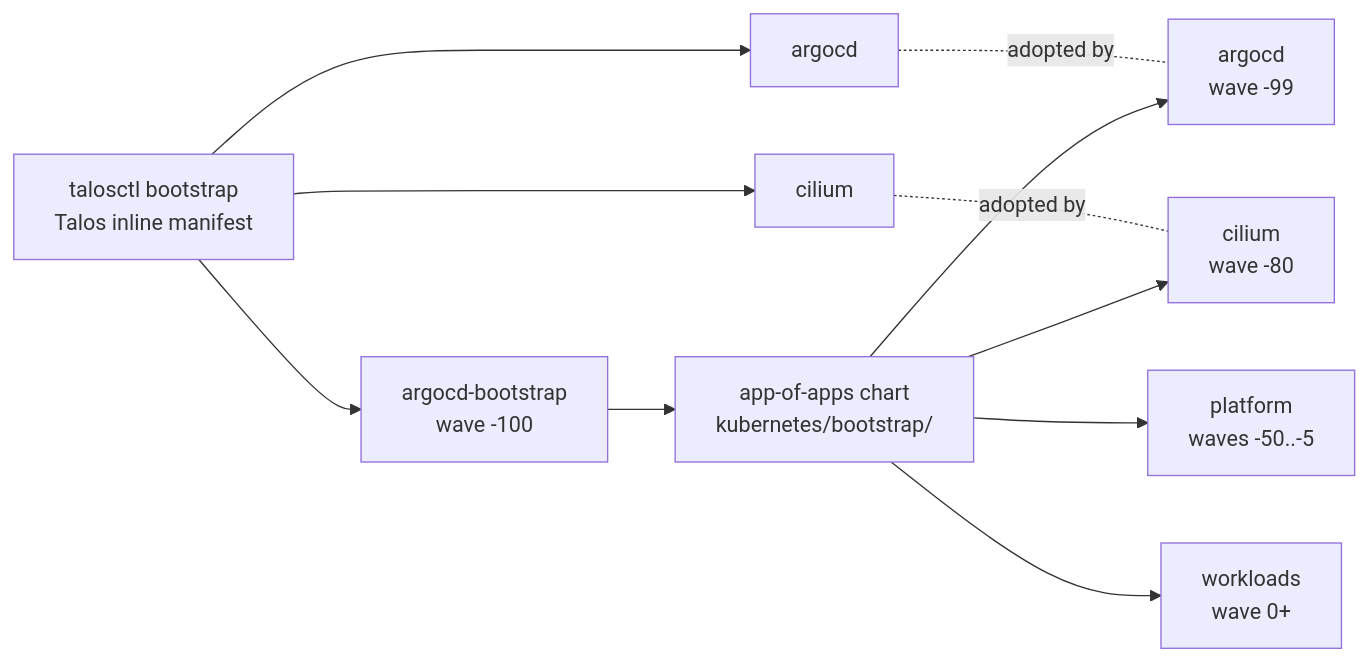
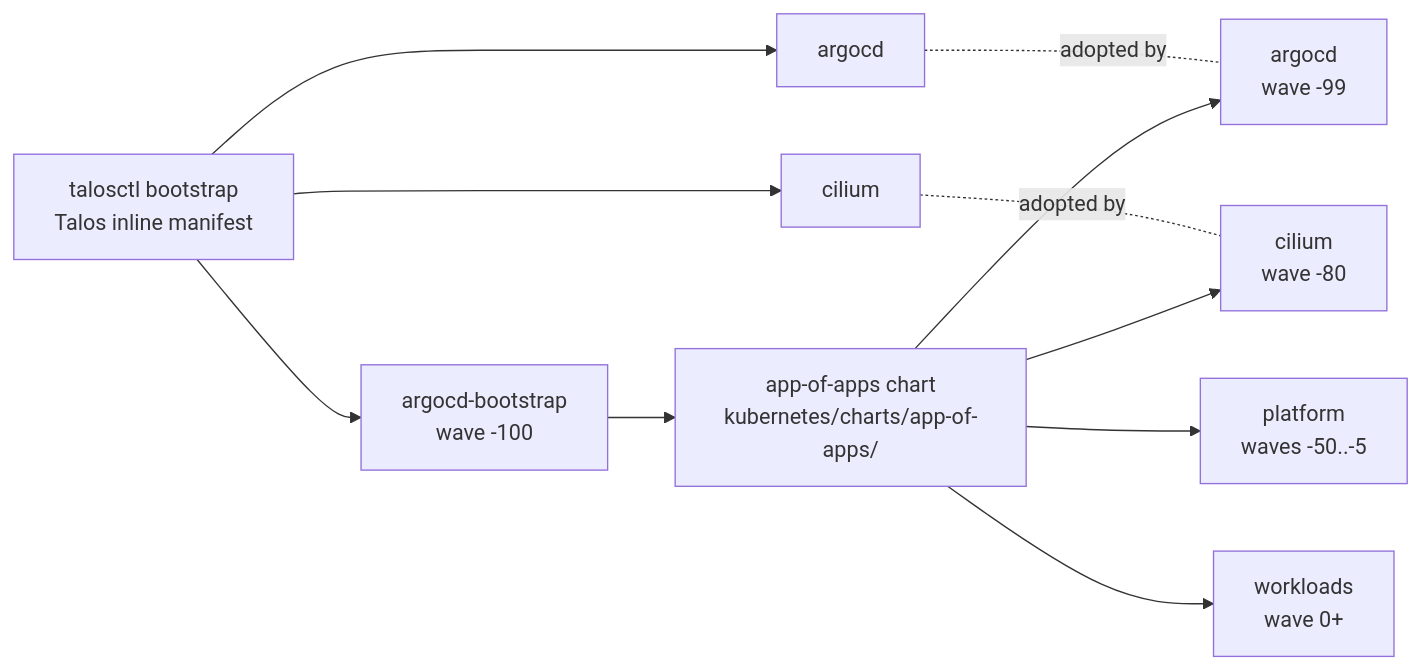
The first of 2 diagrams in docs/gitops.md (theadzik/homelab), drawn with Mermaid before and after one commit. The commit also changed other lines of this file and 50 other files, not shown here.

Commit message:
chore: move charts to a single dir (#366)

````diff
--- a/docs/gitops.md
+++ b/docs/gitops.md
@@ -13,13 +13,13 @@
 ```mermaid
 flowchart LR
     T["talosctl bootstrap<br/>Talos inline manifest"] --> Z["cilium"]
     T --> AC["argocd"]
     T --> A["argocd-bootstrap<br/>wave -100"]
-    A --> B["app-of-apps chart<br/>kubernetes/bootstrap/"]
+    A --> B["app-of-apps chart<br/>kubernetes/charts/app-of-apps/"]
     B --> C["argocd<br/>wave -99"]
     B --> Z2["cilium<br/>wave -80"]
     B --> D["platform<br/>waves -50..-5"]
     B --> E["workloads<br/>wave 0+"]
     AC <-.-|adopted by| C
     Z <-.-|adopted by| Z2
 ```
````
